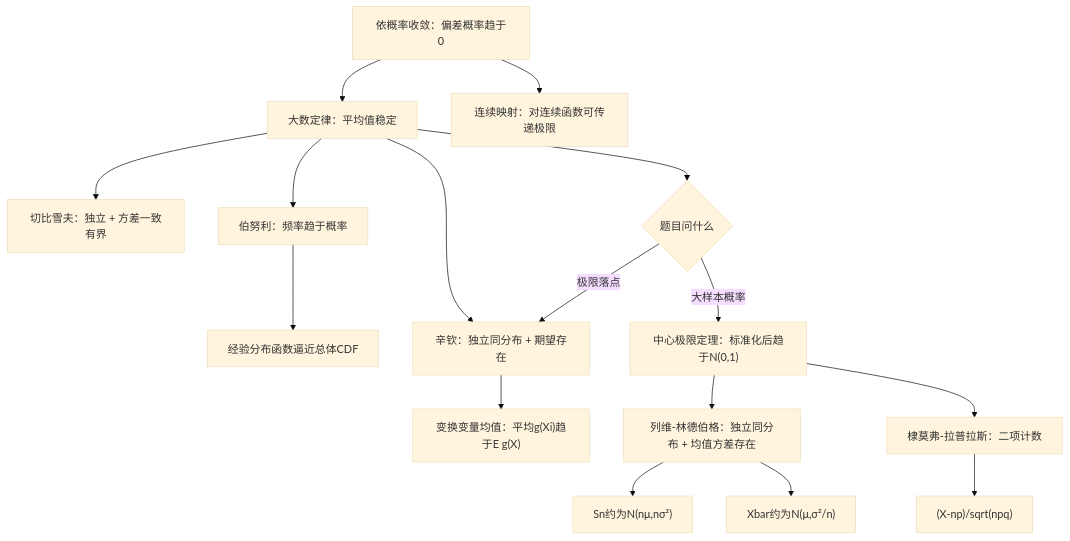
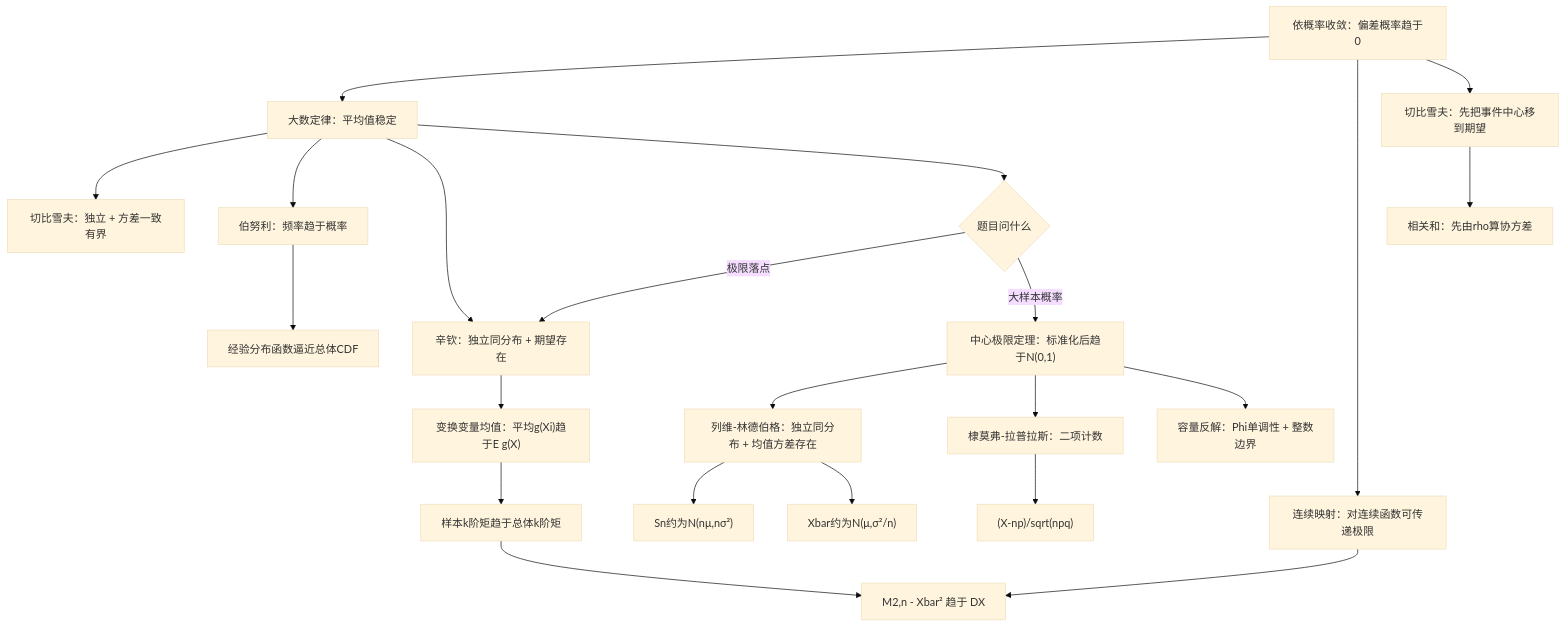
Before and after one commit to Cthaat/Obsidian: the diagram in 考研数学/张宇基础30讲笔记/29_概率第5讲_大数定律与中心极限定理.md, drawn with Mermaid (base theme). The commit also changed other lines of this file and 4 other files, not shown here.

````diff
--- a/考研数学/张宇基础30讲笔记/29_概率第5讲_大数定律与中心极限定理.md
+++ b/考研数学/张宇基础30讲笔记/29_概率第5讲_大数定律与中心极限定理.md
@@ -39,18 +42,24 @@
 ```mermaid
 flowchart TD
     A["依概率收敛：偏差概率趋于0"] --> B["大数定律：平均值稳定"]
     A --> C["连续映射：对连续函数可传递极限"]
     B --> D["切比雪夫：独立 + 方差一致有界"]
     B --> E["伯努利：频率趋于概率"]
     B --> F["辛钦：独立同分布 + 期望存在"]
     E --> G["经验分布函数逼近总体CDF"]
     F --> H["变换变量均值：平均g(Xi)趋于E g(X)"]
     I["中心极限定理：标准化后趋于N(0,1)"] --> J["列维-林德伯格：独立同分布 + 均值方差存在"]
     I --> K["棣莫弗-拉普拉斯：二项计数"]
     J --> L["Sn约为N(nμ,nσ²)"]
     J --> M["Xbar约为N(μ,σ²/n)"]
     K --> N["(X-np)/sqrt(npq)"]
+    H --> P["样本k阶矩趋于总体k阶矩"]
+    P --> Q["M2,n - Xbar² 趋于 DX"]
+    C --> Q
+    A --> R["切比雪夫：先把事件中心移到期望"]
+    R --> S["相关和：先由rho算协方差"]
+    I --> T["容量反解：Phi单调性 + 整数边界"]
     B --> O{"题目问什么"}
     O -->|极限落点| F
     O -->|大样本概率| I
 ```
````
